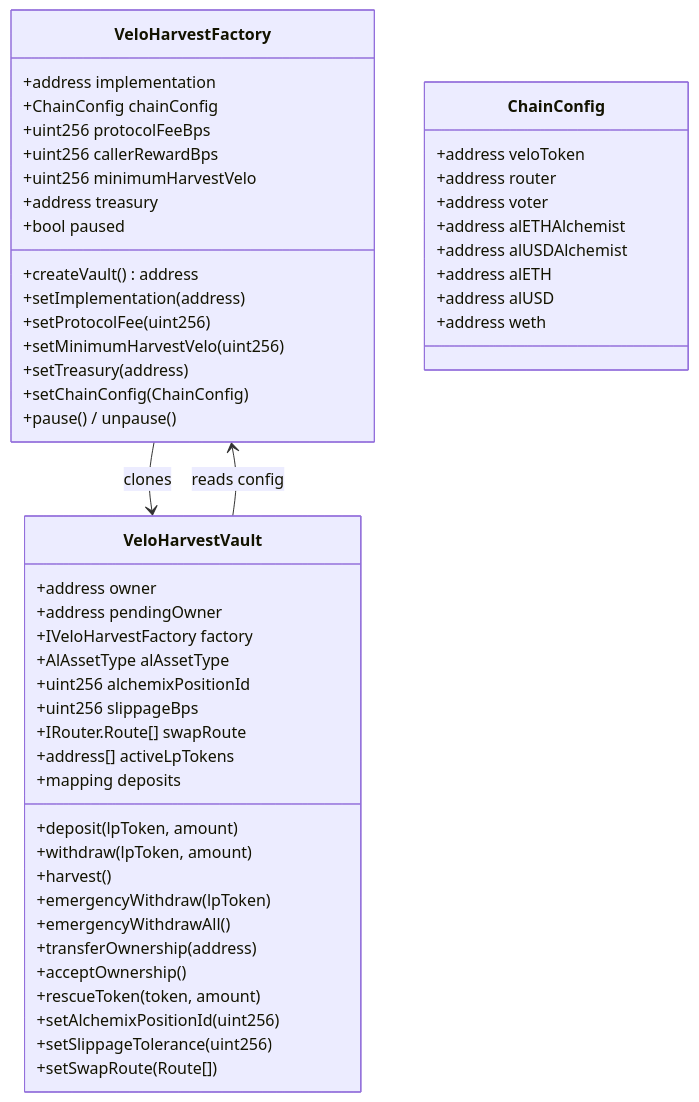
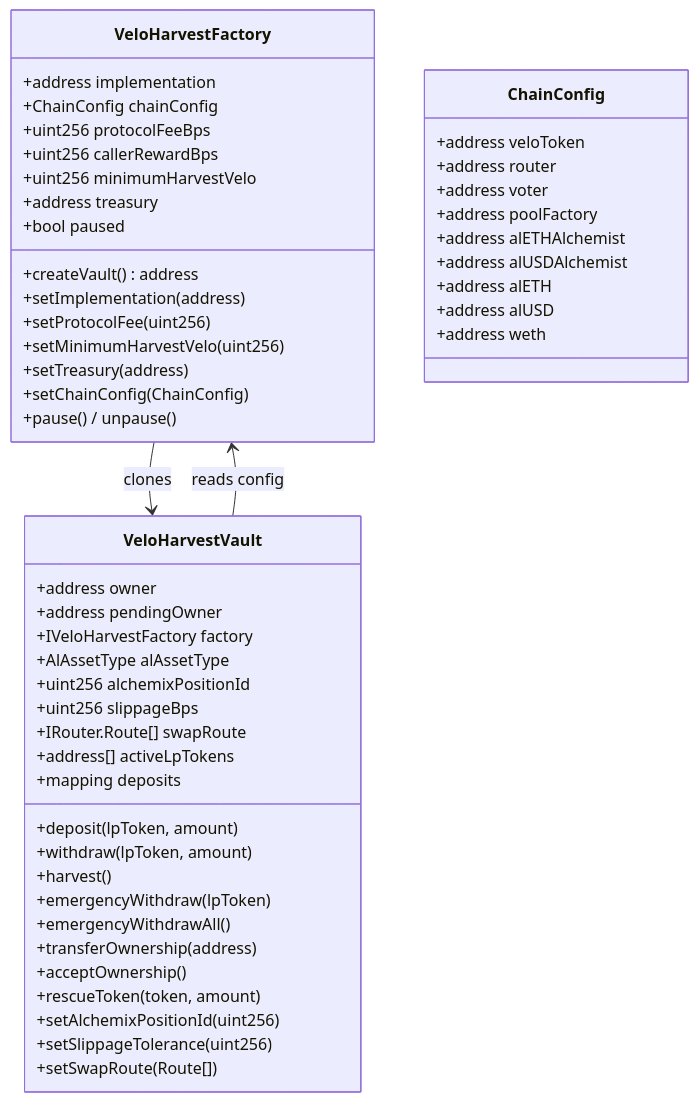
The second of 2 diagrams in project_plan.md (imimim-username/veloLPharvest), drawn with Mermaid before and after one commit. The commit also changed other lines of this file, not shown here.

````diff
--- a/project_plan.md
+++ b/project_plan.md
@@ -74,56 +75,57 @@
 ```mermaid
 classDiagram
     class VeloHarvestFactory {
         +address implementation
         +ChainConfig chainConfig
         +uint256 protocolFeeBps
         +uint256 callerRewardBps
         +uint256 minimumHarvestVelo
         +address treasury
         +bool paused
         +createVault() address
         +setImplementation(address)
         +setProtocolFee(uint256)
         +setMinimumHarvestVelo(uint256)
         +setTreasury(address)
         +setChainConfig(ChainConfig)
         +pause() / unpause()
     }
 
     class VeloHarvestVault {
         +address owner
         +address pendingOwner
         +IVeloHarvestFactory factory
         +AlAssetType alAssetType
         +uint256 alchemixPositionId
         +uint256 slippageBps
         +IRouter.Route[] swapRoute
         +address[] activeLpTokens
         +mapping deposits
         +deposit(lpToken, amount)
         +withdraw(lpToken, amount)
         +harvest()
         +emergencyWithdraw(lpToken)
         +emergencyWithdrawAll()
         +transferOwnership(address)
         +acceptOwnership()
         +rescueToken(token, amount)
         +setAlchemixPositionId(uint256)
         +setSlippageTolerance(uint256)
         +setSwapRoute(Route[])
     }
 
     class ChainConfig {
         +address veloToken
         +address router
         +address voter
+        +address poolFactory
         +address alETHAlchemist
         +address alUSDAlchemist
         +address alETH
         +address alUSD
         +address weth
     }
 
     VeloHarvestFactory --> VeloHarvestVault : clones
     VeloHarvestVault --> VeloHarvestFactory : reads config
 ```
````
